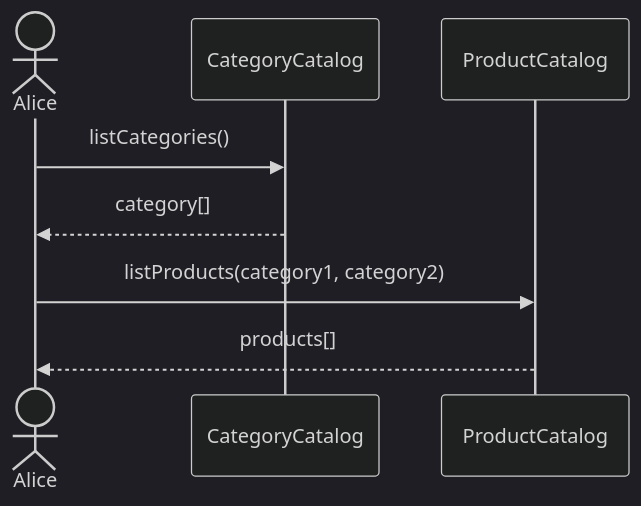
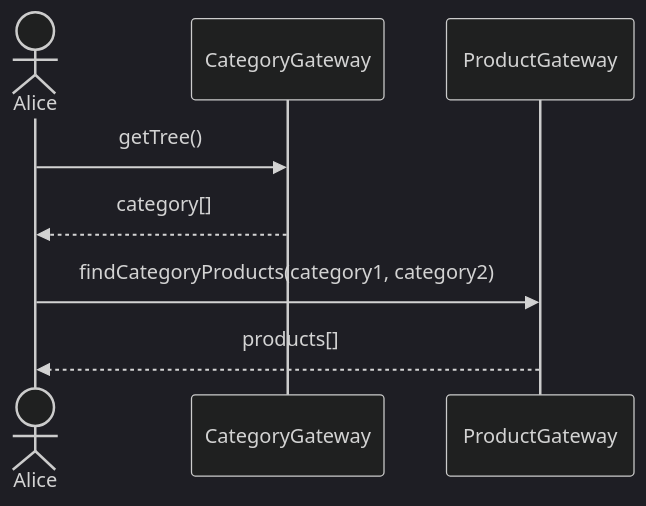
Before and after one commit to hivetown/planning: the first of 33 diagrams in sequence.md, drawn with Mermaid (dark theme). The commit also changed other lines of this file, not shown here.

````diff
--- a/sequence.md
+++ b/sequence.md
@@ -11,11 +44,11 @@
 ```mermaid
 sequenceDiagram
     actor A as Alice
-    participant CC as CategoryCatalog
-    participant PC as ProductCatalog
+    participant CG as CategoryGateway
+    participant PG as ProductGateway
 
-    A ->> CC : listCategories()
-    CC -->> A: category[]
-    A ->> PC: listProducts(category1, category2)
-    PC -->> A: products[]
+    A ->> CG : getTree()
+    CG -->> A: category[]
+    A ->> PG: findCategoryProducts(category1, category2)
+    PG -->> A: products[]
 ```
````
